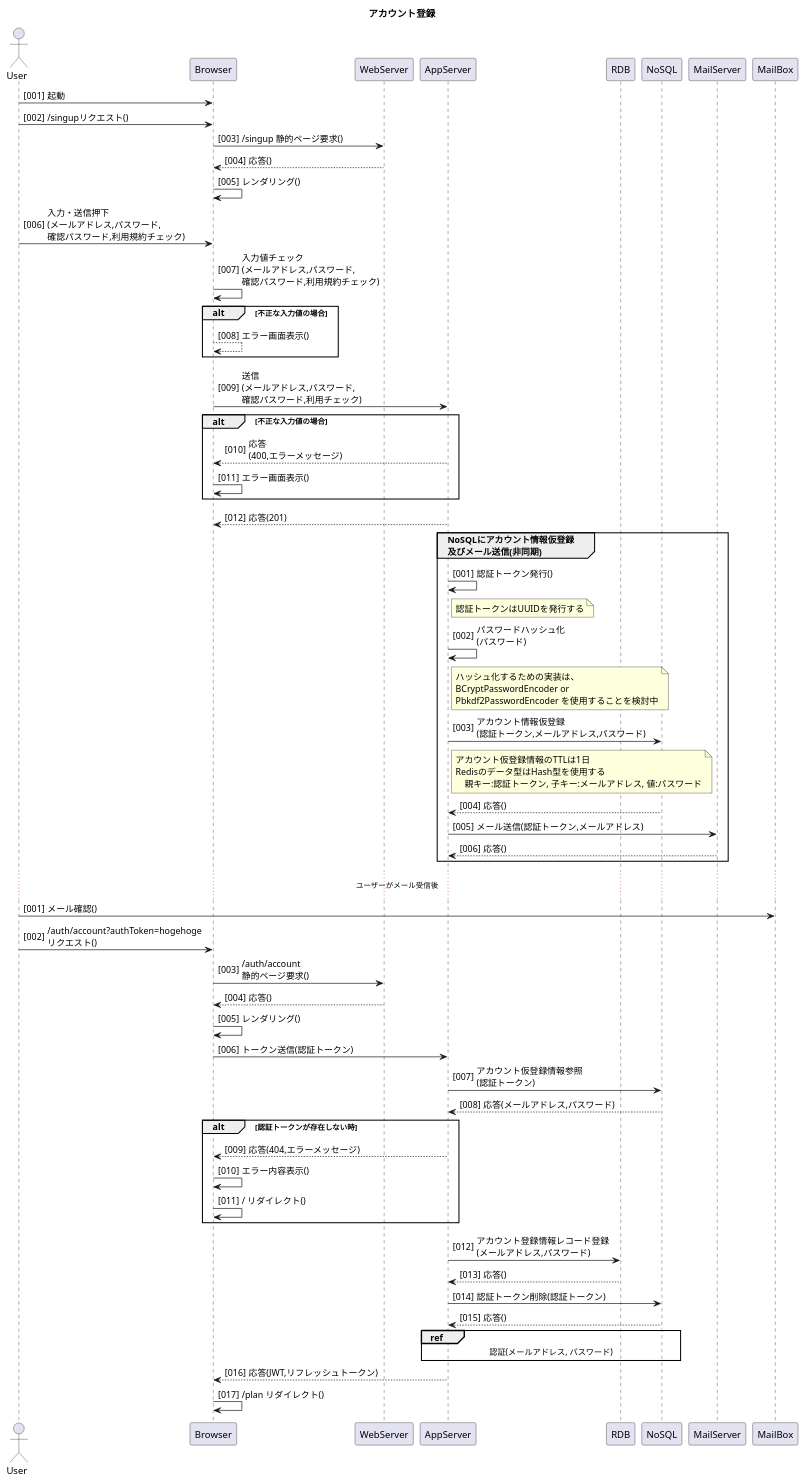
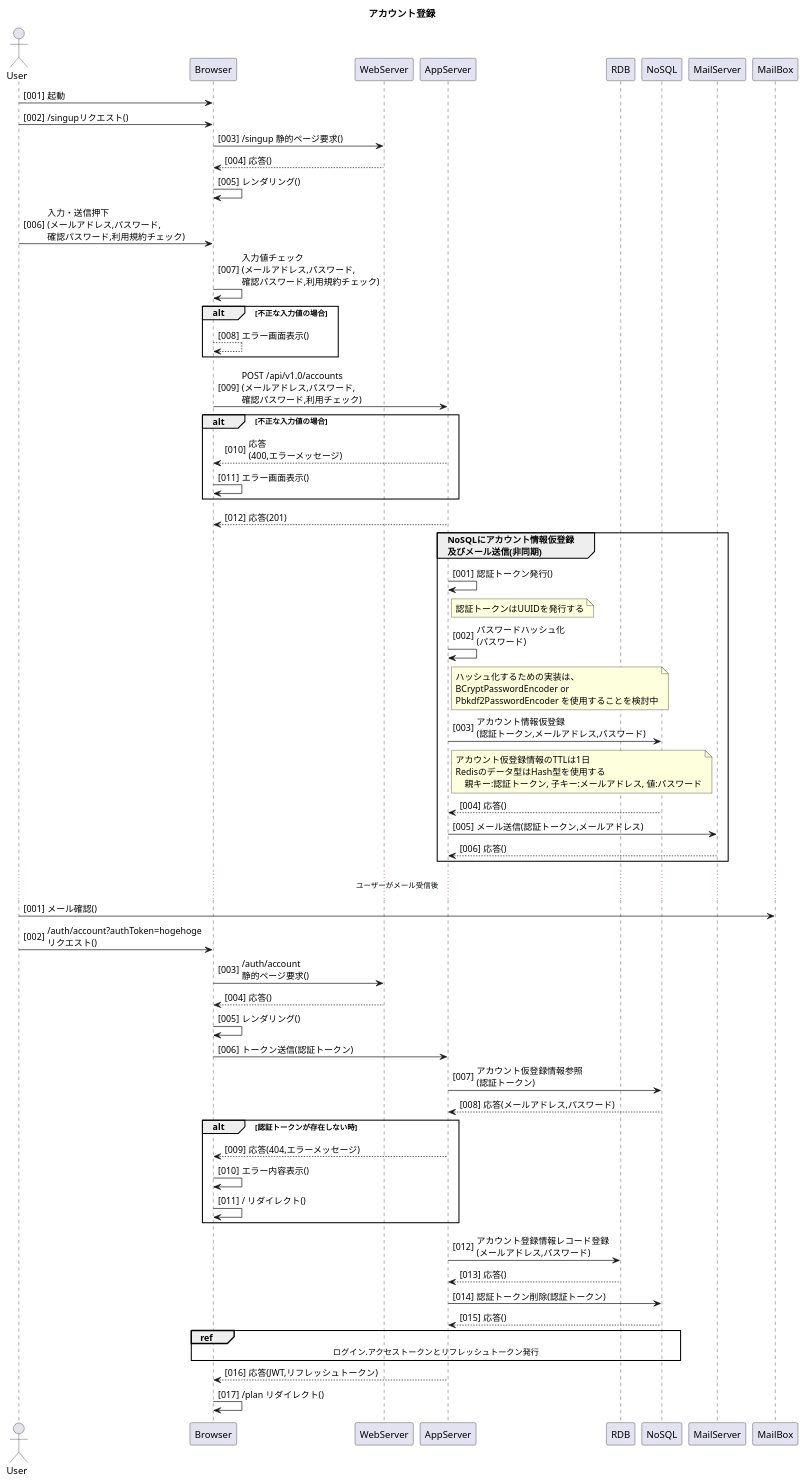
The diagram in 04_FD/registerAccount.pu (TAKAHIRO-03/GoodHabits_doc), drawn with PlantUML before and after one commit. The commit also changed 1 other file, not shown here.

```diff
--- a/04_FD/registerAccount.pu
+++ b/04_FD/registerAccount.pu
@@ -1,82 +1,82 @@
 @startuml アカウント登録
 autonumber "[000]"
 title アカウント登録
 
 actor User
 participant Browser
 participant WebServer
 participant AppServer
 participant RDB
 participant NoSQL
 participant MailServer
 participant MailBox
 !pragma teoz true
 
 User -> Browser: 起動
 User -> Browser: /singupリクエスト()
 Browser -> WebServer: /singup 静的ページ要求()
 WebServer --> Browser: 応答()
 Browser -> Browser: レンダリング()
 
 User -> Browser: 入力・送信押下\n(メールアドレス,パスワード,\n確認パスワード,利用規約チェック)
 Browser -> Browser: 入力値チェック\n(メールアドレス,パスワード,\n確認パスワード,利用規約チェック)
 alt 不正な入力値の場合
   Browser --> Browser: エラー画面表示()
 end
-Browser -> AppServer: 送信\n(メールアドレス,パスワード,\n確認パスワード,利用チェック)
+Browser -> AppServer: POST /api/v1.0/accounts\n(メールアドレス,パスワード,\n確認パスワード,利用チェック)
 alt 不正な入力値の場合
   AppServer --> Browser: 応答\n(400,エラーメッセージ)
   Browser -> Browser: エラー画面表示()
 end
 
 AppServer --> Browser: 応答(201)
 
 group NoSQLにアカウント情報仮登録\n及びメール送信(非同期)
   autonumber "[000]"
   AppServer -> AppServer: 認証トークン発行()
   note right of AppServer
     認証トークンはUUIDを発行する
   end note
   AppServer -> AppServer: パスワードハッシュ化\n(パスワード)
   note right of AppServer
     ハッシュ化するための実装は、
     BCryptPasswordEncoder or
     Pbkdf2PasswordEncoder を使用することを検討中
   end note
   AppServer -> NoSQL: アカウント情報仮登録\n(認証トークン,メールアドレス,パスワード)
   note right of AppServer
     アカウント仮登録情報のTTLは1日
     Redisのデータ型はHash型を使用する
     　親キー:認証トークン, 子キー:メールアドレス, 値:パスワード
   end note
   NoSQL --> AppServer: 応答()
   AppServer -> MailServer: メール送信(認証トークン,メールアドレス)
   MailServer --> AppServer: 応答()
 end
 
 …ユーザーがメール受信後…
 autonumber "[000]"
 
 User -> MailBox: メール確認()
 User -> Browser: /auth/account?authToken=hogehoge\nリクエスト()
 Browser -> WebServer: /auth/account\n静的ページ要求()
 WebServer --> Browser: 応答()
 Browser -> Browser: レンダリング()
 Browser -> AppServer: トークン送信(認証トークン)
 AppServer -> NoSQL: アカウント仮登録情報参照\n(認証トークン)
 NoSQL --> AppServer: 応答(メールアドレス,パスワード)
 alt 認証トークンが存在しない時
   AppServer --> Browser: 応答(404,エラーメッセージ)
   Browser -> Browser: エラー内容表示()
   Browser -> Browser: / リダイレクト()
 end
 AppServer -> RDB: アカウント登録情報レコード登録\n(メールアドレス,パスワード)
 RDB --> AppServer: 応答()
 AppServer -> NoSQL: 認証トークン削除(認証トークン)
 NoSQL --> AppServer: 応答()
-ref over AppServer,RDB,NoSQL: 認証(メールアドレス, パスワード)
+ref over Browser,RDB,NoSQL: ログイン.アクセストークンとリフレッシュトークン発行
 
 AppServer --> Browser: 応答(JWT,リフレッシュトークン)
 Browser -> Browser: /plan リダイレクト()
 
 @enduml
```
